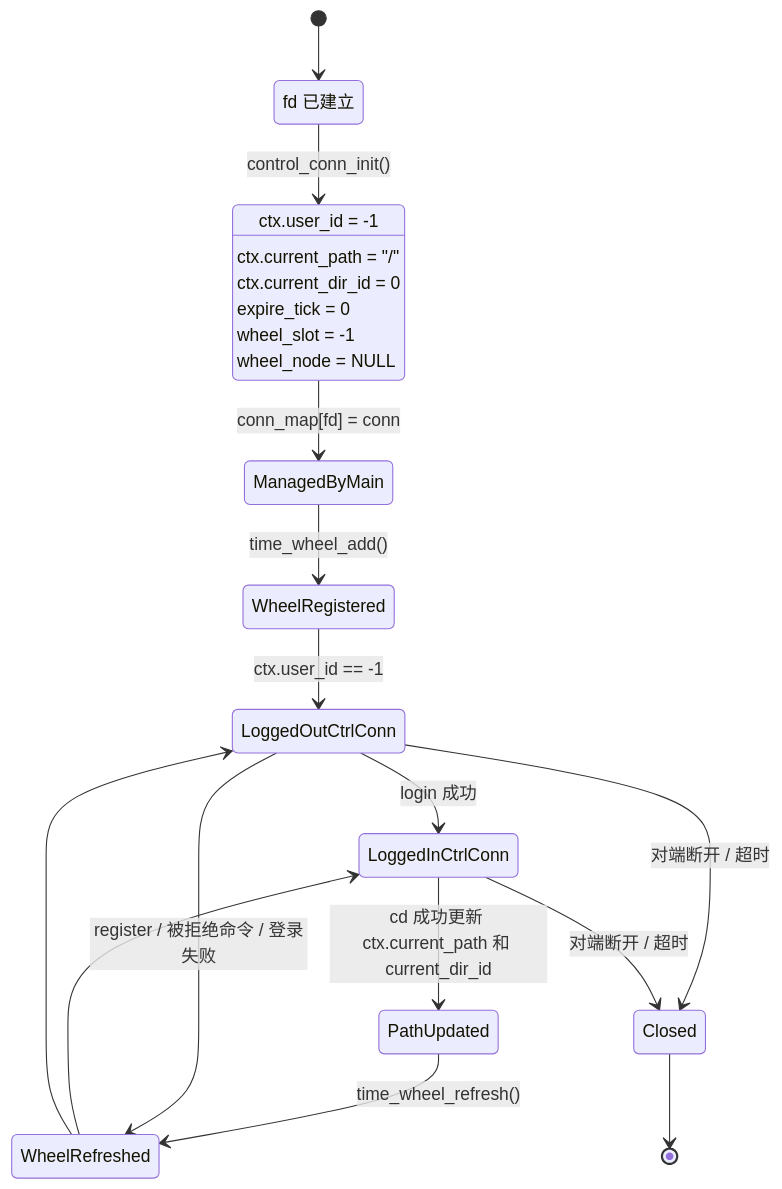
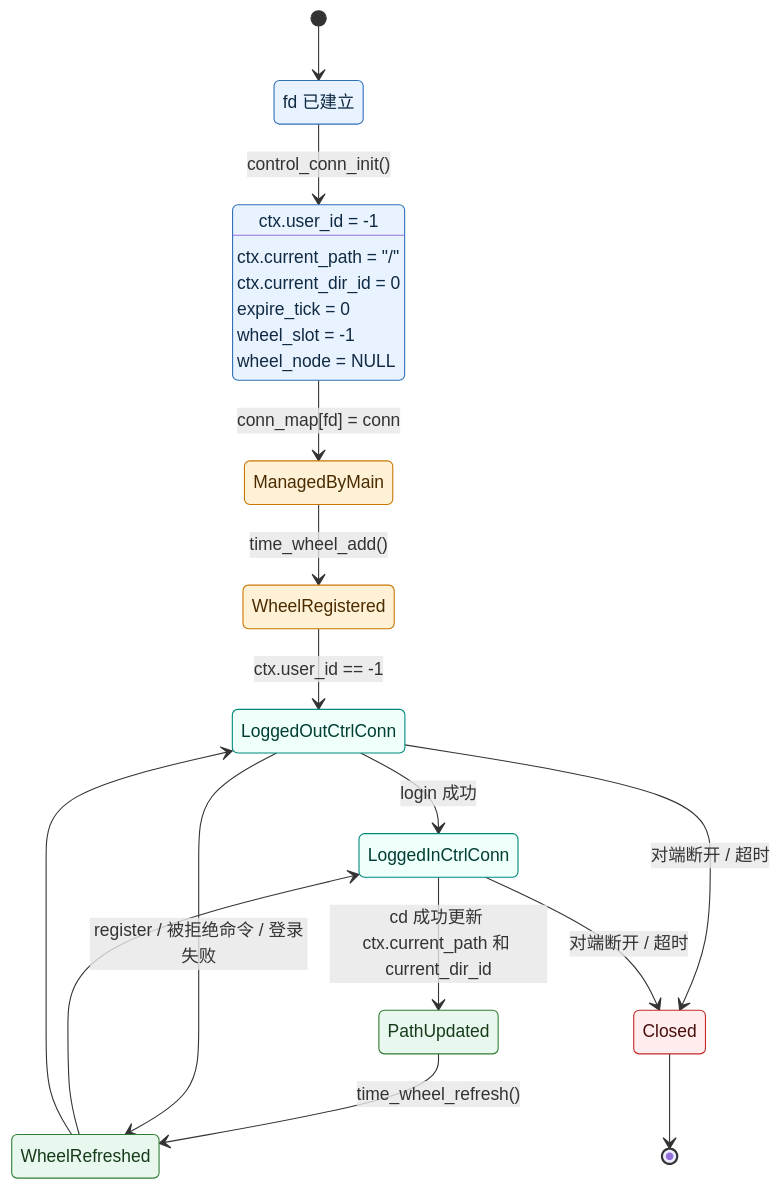
One commit to panlong-studio/WindCloud_V4 changed the third of 12 diagrams in docs/V5全流程状态图详解.md. Above: the diagram before and after it, drawn with Mermaid. The commit also changed other lines of this file and 5 other files, not shown here.

````diff
--- a/docs/V5全流程状态图详解.md
+++ b/docs/V5全流程状态图详解.md
@@ -276,29 +304,41 @@
 ```mermaid
 stateDiagram-v2
     [*] --> NewAccepted
     NewAccepted: fd 已建立
 
     NewAccepted --> DefaultReset: control_conn_init()
     DefaultReset: ctx.user_id = -1
     DefaultReset: ctx.current_path = "/"
     DefaultReset: ctx.current_dir_id = 0
     DefaultReset: expire_tick = 0
     DefaultReset: wheel_slot = -1
     DefaultReset: wheel_node = NULL
 
     DefaultReset --> ManagedByMain: conn_map[fd] = conn
     ManagedByMain --> WheelRegistered: time_wheel_add()
     WheelRegistered --> LoggedOutCtrlConn: ctx.user_id == -1
     LoggedOutCtrlConn --> LoggedInCtrlConn: login 成功
 
     LoggedInCtrlConn --> PathUpdated: cd 成功更新 ctx.current_path 和 current_dir_id
     PathUpdated --> WheelRefreshed: time_wheel_refresh()
     WheelRefreshed --> LoggedInCtrlConn
 
     LoggedOutCtrlConn --> WheelRefreshed: register / 被拒绝命令 / 登录失败
     WheelRefreshed --> LoggedOutCtrlConn
 
     LoggedOutCtrlConn --> Closed: 对端断开 / 超时
     LoggedInCtrlConn --> Closed: 对端断开 / 超时
     Closed --> [*]
+    classDef init fill:#E8F3FF,stroke:#2F6FB6,color:#102A43
+    classDef active fill:#FFF1D6,stroke:#C77700,color:#4A2B00
+    classDef transfer fill:#EFFFFA,stroke:#00897B,color:#003D35
+    classDef success fill:#E9F8EF,stroke:#2E7D32,color:#173B1A
+    classDef final fill:#F3ECFF,stroke:#7C4DFF,color:#2D1B69
+    classDef fail fill:#FFECEC,stroke:#C62828,color:#4A0D0D
+
+    class NewAccepted,DefaultReset init
+    class ManagedByMain,WheelRegistered active
+    class LoggedOutCtrlConn,LoggedInCtrlConn transfer
+    class PathUpdated,WheelRefreshed success
+    class Closed fail
 ```
````
